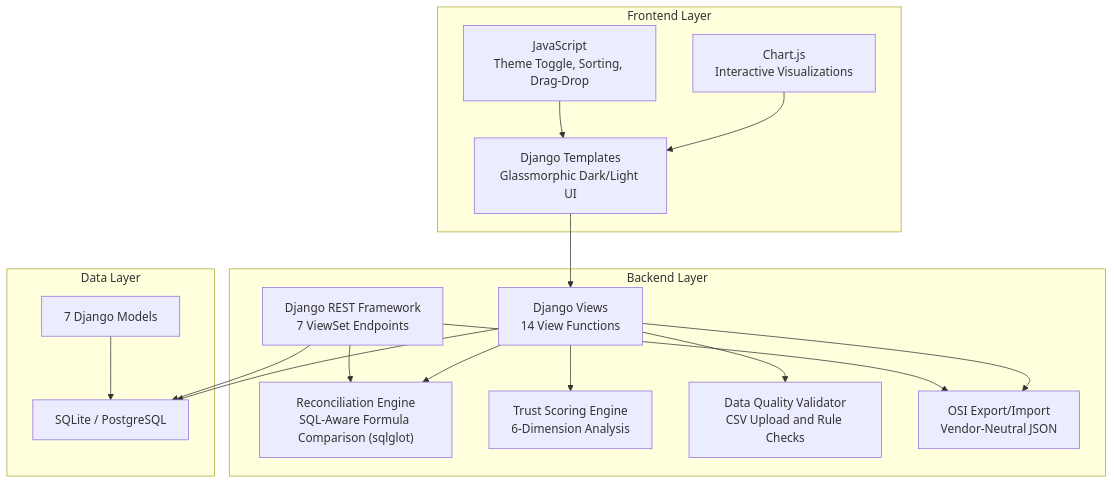
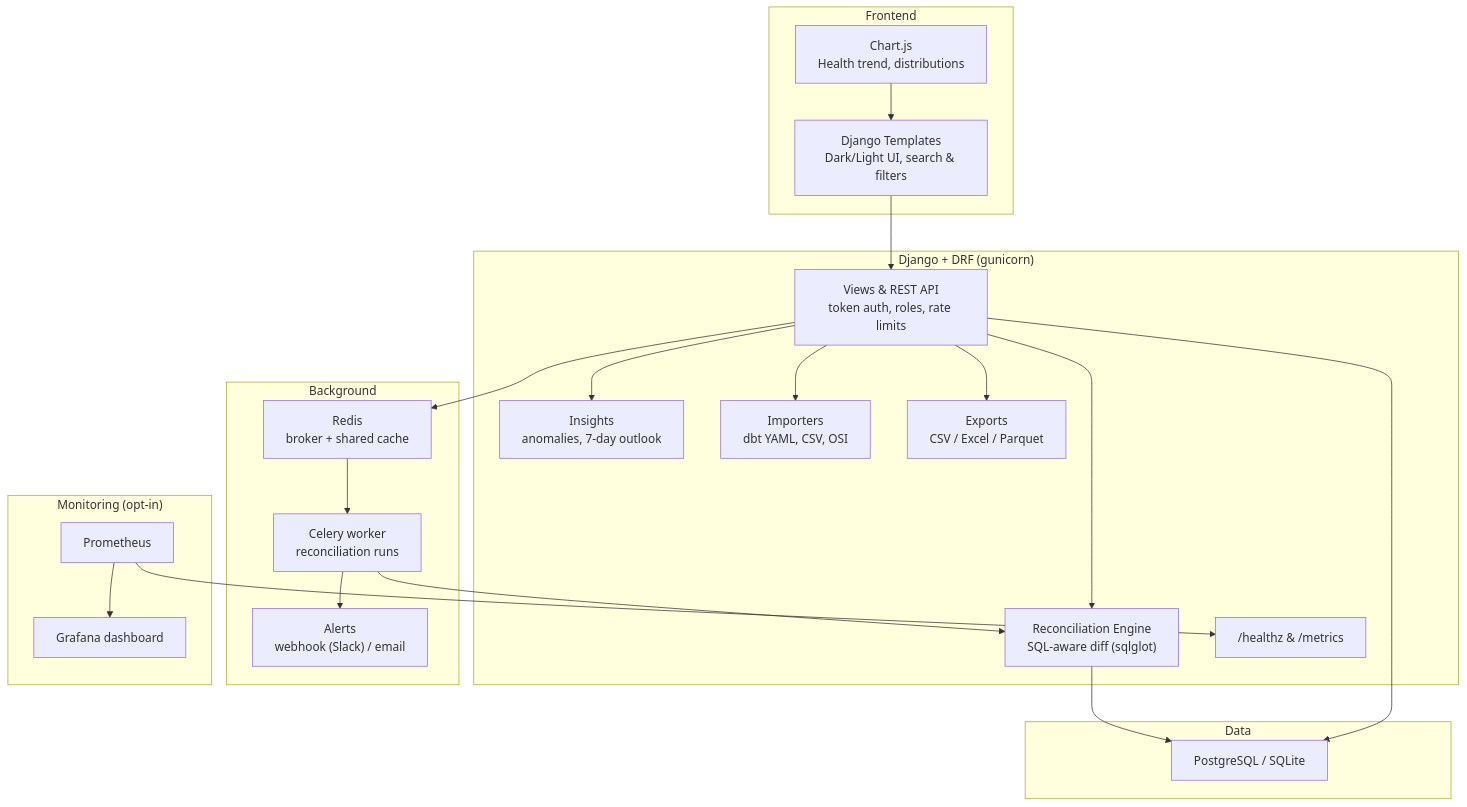
The second of 5 diagrams in README.md (somesh-ghaturle/1-Trillion-AI-Problem), drawn with Mermaid before and after one commit. The commit also changed other lines of this file and 1 other file, not shown here.

First line of the commit message:
README: complete roadmap, document new features, refresh screenshot

````diff
--- a/README.md
+++ b/README.md
@@ -83,35 +83,44 @@
 ```mermaid
 flowchart TB
-    subgraph Frontend["Frontend Layer"]
-        TMPL["Django Templates<br/>Glassmorphic Dark/Light UI"]
-        CJS["Chart.js<br/>Interactive Visualizations"]
-        JS["JavaScript<br/>Theme Toggle, Sorting, Drag-Drop"]
+    subgraph Frontend["Frontend"]
+        TMPL["Django Templates<br/>Dark/Light UI, search & filters"]
+        CJS["Chart.js<br/>Health trend, distributions"]
     end
 
-    subgraph Backend["Backend Layer"]
-        DV["Django Views<br/>14 View Functions"]
-        DRF["Django REST Framework<br/>7 ViewSet Endpoints"]
-        RE["Reconciliation Engine<br/>SQL-Aware Formula Comparison (sqlglot)"]
-        TE["Trust Scoring Engine<br/>6-Dimension Analysis"]
-        DQV["Data Quality Validator<br/>CSV Upload and Rule Checks"]
-        OSI_EXP["OSI Export/Import<br/>Vendor-Neutral JSON"]
+    subgraph Backend["Django + DRF (gunicorn)"]
+        DV["Views & REST API<br/>token auth, roles, rate limits"]
+        RE["Reconciliation Engine<br/>SQL-aware diff (sqlglot)"]
+        INS["Insights<br/>anomalies, 7-day outlook"]
+        IMP["Importers<br/>dbt YAML, CSV, OSI"]
+        EXP["Exports<br/>CSV / Excel / Parquet"]
+        MON["/healthz & /metrics"]
     end
 
-    subgraph Data["Data Layer"]
-        DB["SQLite / PostgreSQL"]
-        MOD["7 Django Models"]
+    subgraph Async["Background"]
+        REDIS["Redis<br/>broker + shared cache"]
+        WORKER["Celery worker<br/>reconciliation runs"]
+        ALERT["Alerts<br/>webhook (Slack) / email"]
+    end
+
+    subgraph Data["Data"]
+        DB["PostgreSQL / SQLite"]
+    end
+
+    subgraph Ops["Monitoring (opt-in)"]
+        PROM["Prometheus"] --> GRAF["Grafana dashboard"]
     end
 
     TMPL --> DV
     CJS --> TMPL
-    JS --> TMPL
     DV --> RE
-    DV --> TE
-    DV --> DQV
-    DV --> OSI_EXP
-    DRF --> RE
-    DRF --> OSI_EXP
+    DV --> INS
+    DV --> IMP
+    DV --> EXP
+    DV --> REDIS
+    REDIS --> WORKER
+    WORKER --> RE
+    WORKER --> ALERT
+    RE --> DB
     DV --> DB
-    DRF --> DB
-    MOD --> DB
+    PROM --> MON
 ```
````
